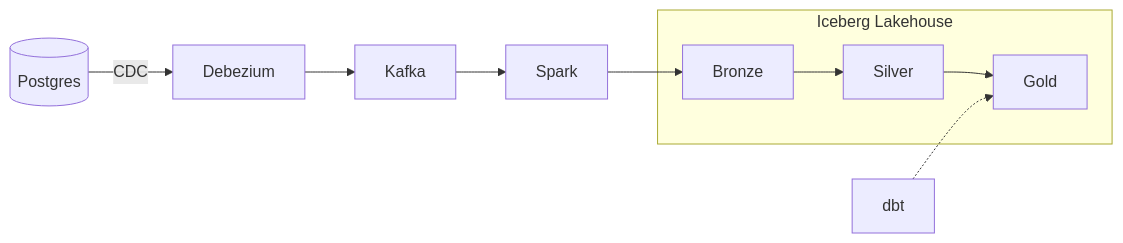
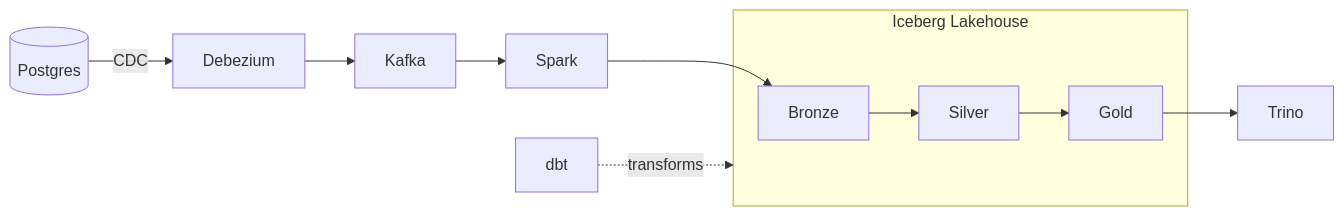
Before and after one commit to aaditya2504/aaditya2504: the diagram in README.md, drawn with Mermaid. The commit also changed other lines of this file, not shown here.

````diff
--- a/README.md
+++ b/README.md
@@ -26,11 +29,12 @@
 ```mermaid
 flowchart LR
     A[(Postgres)] -->|CDC| B[Debezium]
     B --> C[Kafka]
     C --> D[Spark]
     subgraph L[Iceberg Lakehouse]
         E[Bronze] --> F[Silver] --> G[Gold]
     end
     D --> E
-    H[dbt] -.-> G
+    H[dbt] -.->|transforms| L
+    G --> I[Trino]
 ```
````
